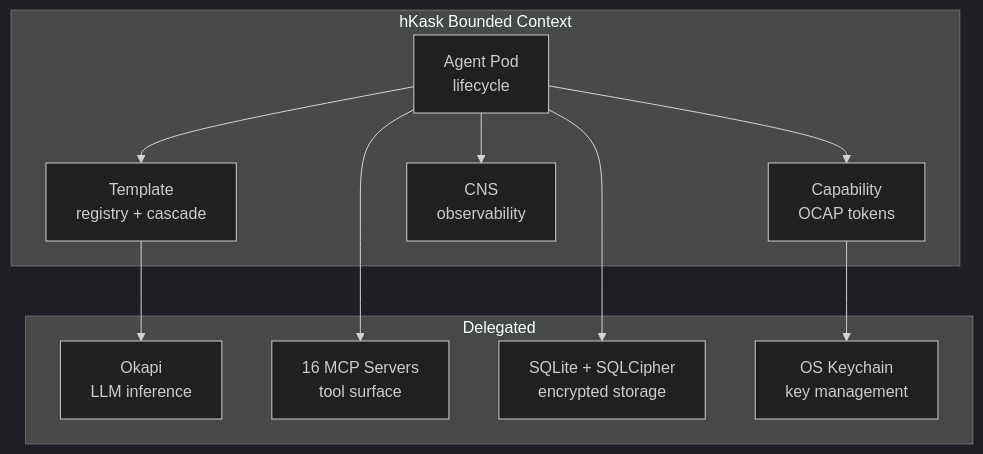
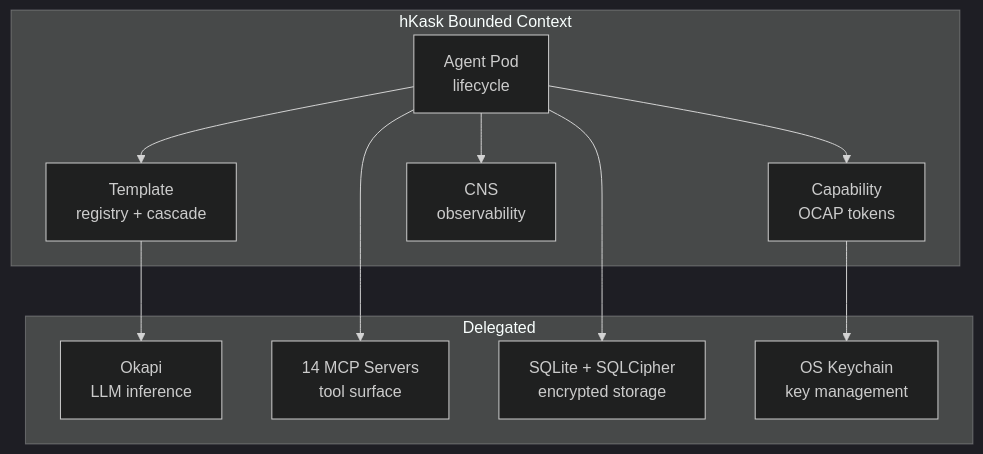
Before and after one commit to mdz-axo/hKask: the first of 4 diagrams in docs/architecture/domain-and-capability.md, drawn with Mermaid (dark theme). The commit also changed other lines of this file and 32 other files, not shown here.

````diff
--- a/docs/architecture/domain-and-capability.md
+++ b/docs/architecture/domain-and-capability.md
@@ -37,24 +37,24 @@
 ```mermaid
 graph TD
     subgraph BoundedContext["hKask Bounded Context"]
         POD["Agent Pod<br/>lifecycle"]
         CAP["Capability<br/>OCAP tokens"]
         TPL["Template<br/>registry + cascade"]
         CNS["CNS<br/>observability"]
     end
 
     subgraph Delegated["Delegated"]
         OKAPI["Okapi<br/>LLM inference"]
-        MCP_EXT["16 MCP Servers<br/>tool surface"]
+        MCP_EXT["14 MCP Servers<br/>tool surface"]
         SQLITE["SQLite + SQLCipher<br/>encrypted storage"]
         KEYCHAIN["OS Keychain<br/>key management"]
     end
 
     POD --> CAP
     POD --> TPL
     POD --> CNS
     TPL --> OKAPI
     POD --> MCP_EXT
     POD --> SQLITE
     CAP --> KEYCHAIN
 ```
````
